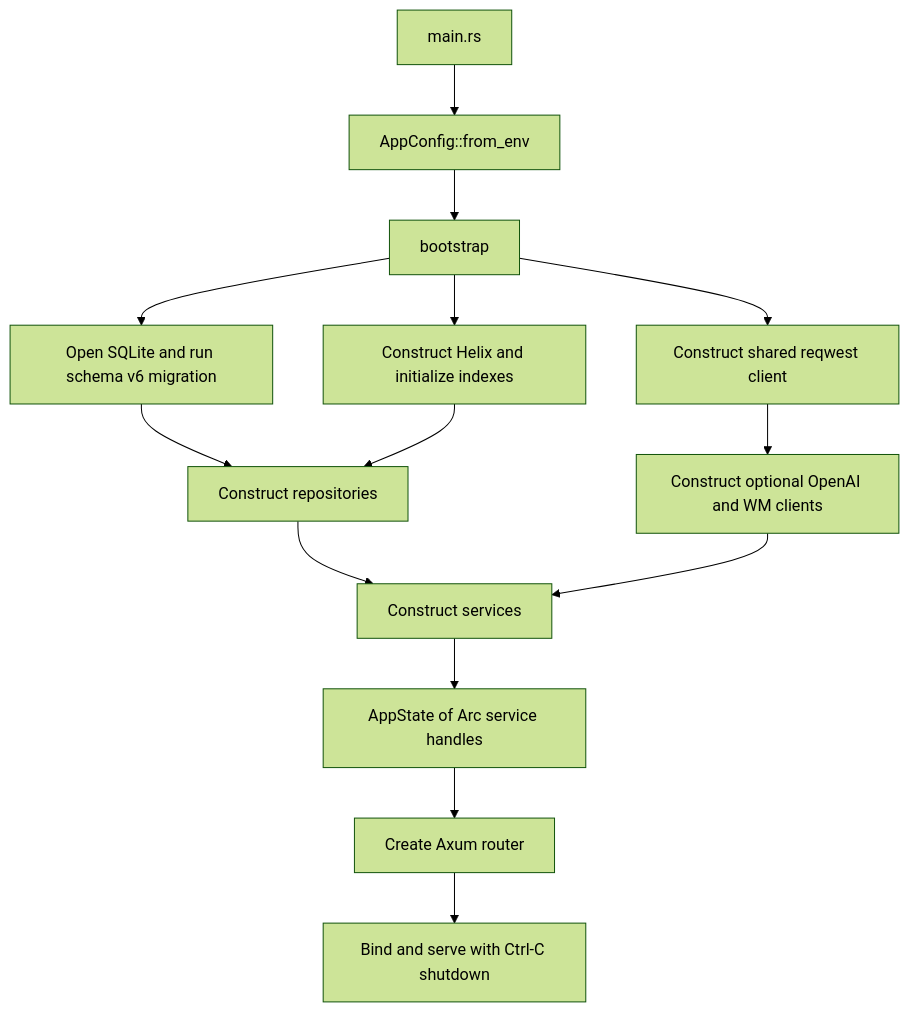
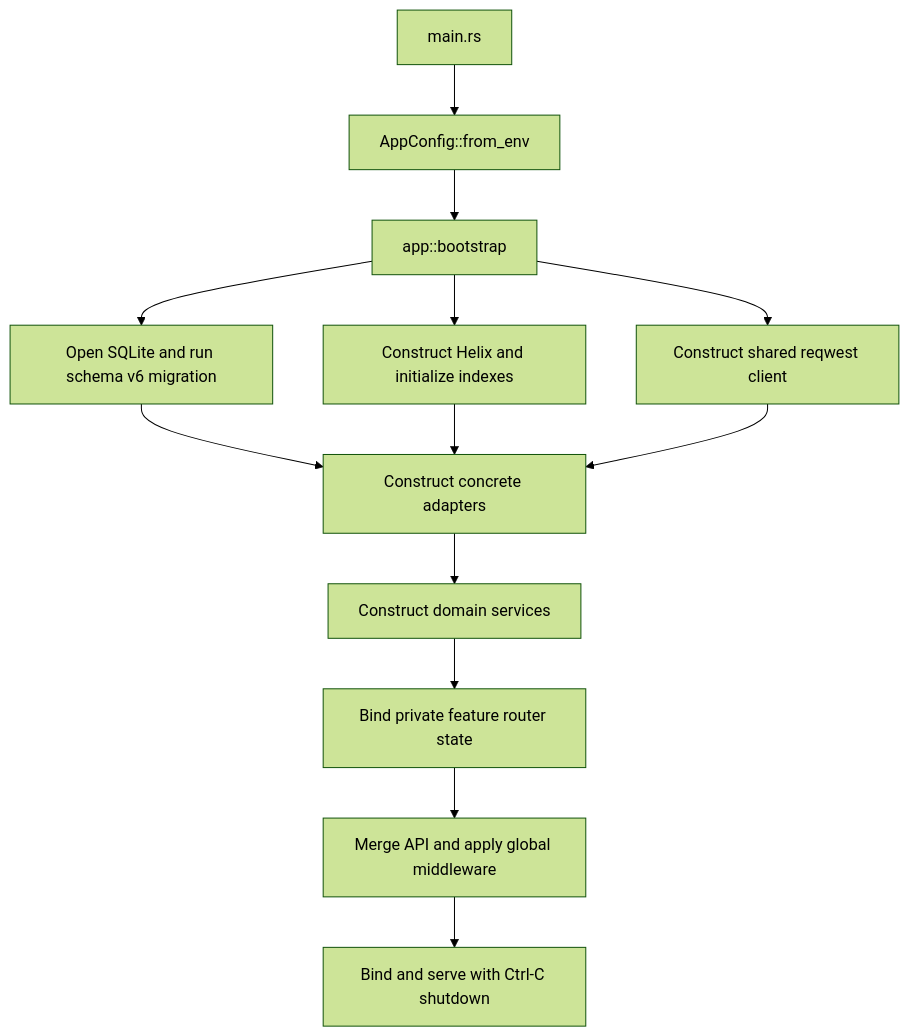
Before and after one commit to ratik-gambhir-WM/Quarry: the second of 3 diagrams in docs/ARCHITECTURE.md, drawn with Mermaid (forest theme). The commit also changed other lines of this file and 344 other files, not shown here.

````diff
--- a/docs/ARCHITECTURE.md
+++ b/docs/ARCHITECTURE.md
@@ -543,16 +550,15 @@
 ```mermaid
 flowchart TD
     Main[main.rs] --> Config[AppConfig::from_env]
-    Config --> Bootstrap[bootstrap]
+    Config --> Bootstrap[app::bootstrap]
     Bootstrap --> Sqlite[Open SQLite and run schema v6 migration]
     Bootstrap --> Helix[Construct Helix and initialize indexes]
     Bootstrap --> Http[Construct shared reqwest client]
-    Sqlite --> Repos[Construct repositories]
-    Helix --> Repos
-    Http --> Clients[Construct optional OpenAI and WM clients]
-    Repos --> Services[Construct services]
-    Clients --> Services
-    Services --> State[AppState of Arc service handles]
-    State --> Router[Create Axum router]
+    Sqlite --> Adapters[Construct concrete adapters]
+    Helix --> Adapters
+    Http --> Adapters
+    Adapters --> Domains[Construct domain services]
+    Domains --> FeatureRouters[Bind private feature router state]
+    FeatureRouters --> Router[Merge API and apply global middleware]
     Router --> Serve[Bind and serve with Ctrl-C shutdown]
 ```
````
